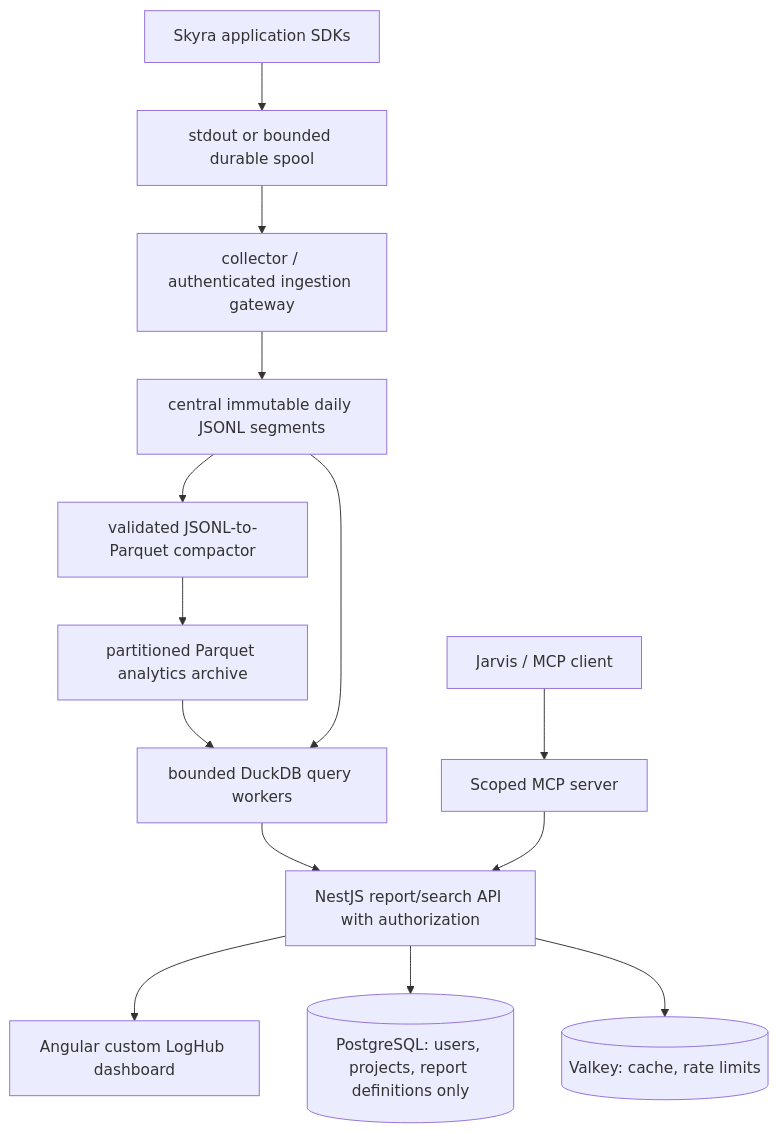
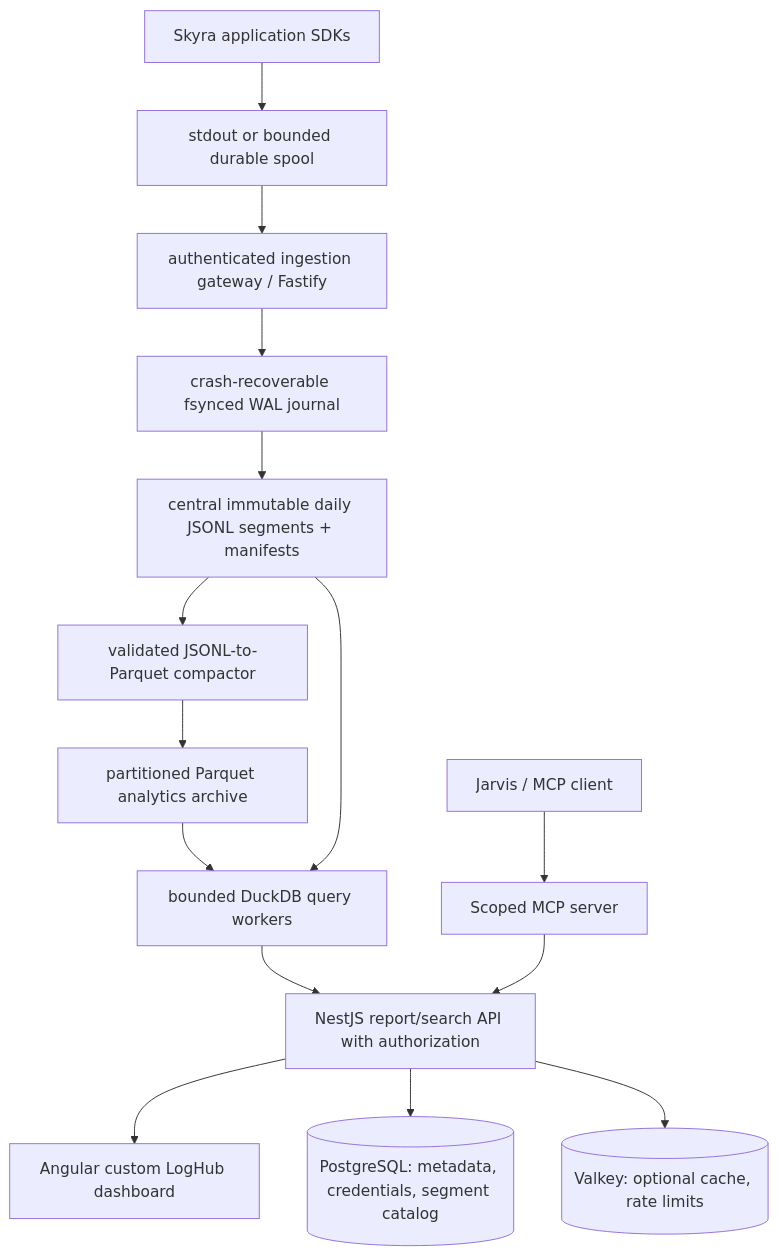
One commit to SkyraTech/skyra-log-hub changed the second of 2 diagrams in docs/02-SYSTEM_ARCHITECTURE.md. Above: the diagram before and after it, drawn with Mermaid. The commit also changed other lines of this file and 618 other files, not shown here.

````diff
--- a/docs/02-SYSTEM_ARCHITECTURE.md
+++ b/docs/02-SYSTEM_ARCHITECTURE.md
@@ -120,16 +120,17 @@
 ```mermaid
 flowchart TD
   A[Skyra application SDKs] --> B[stdout or bounded durable spool]
-  B --> C[collector / authenticated ingestion gateway]
-  C --> D[central immutable daily JSONL segments]
+  B --> C[authenticated ingestion gateway / Fastify]
+  C --> C1[crash-recoverable fsynced WAL journal]
+  C1 --> D[central immutable daily JSONL segments + manifests]
   D --> E[validated JSONL-to-Parquet compactor]
   E --> F[partitioned Parquet analytics archive]
   F --> G[bounded DuckDB query workers]
   D --> G
   G --> H[NestJS report/search API with authorization]
   H --> I[Angular custom LogHub dashboard]
   J[Jarvis / MCP client] --> K[Scoped MCP server]
   K --> H
-  H --> L[(PostgreSQL: users, projects, report definitions only)]
-  H --> M[(Valkey: cache, rate limits)]
+  H --> L[(PostgreSQL: metadata, credentials, segment catalog)]
+  H --> M[(Valkey: optional cache, rate limits)]
 ```
````
